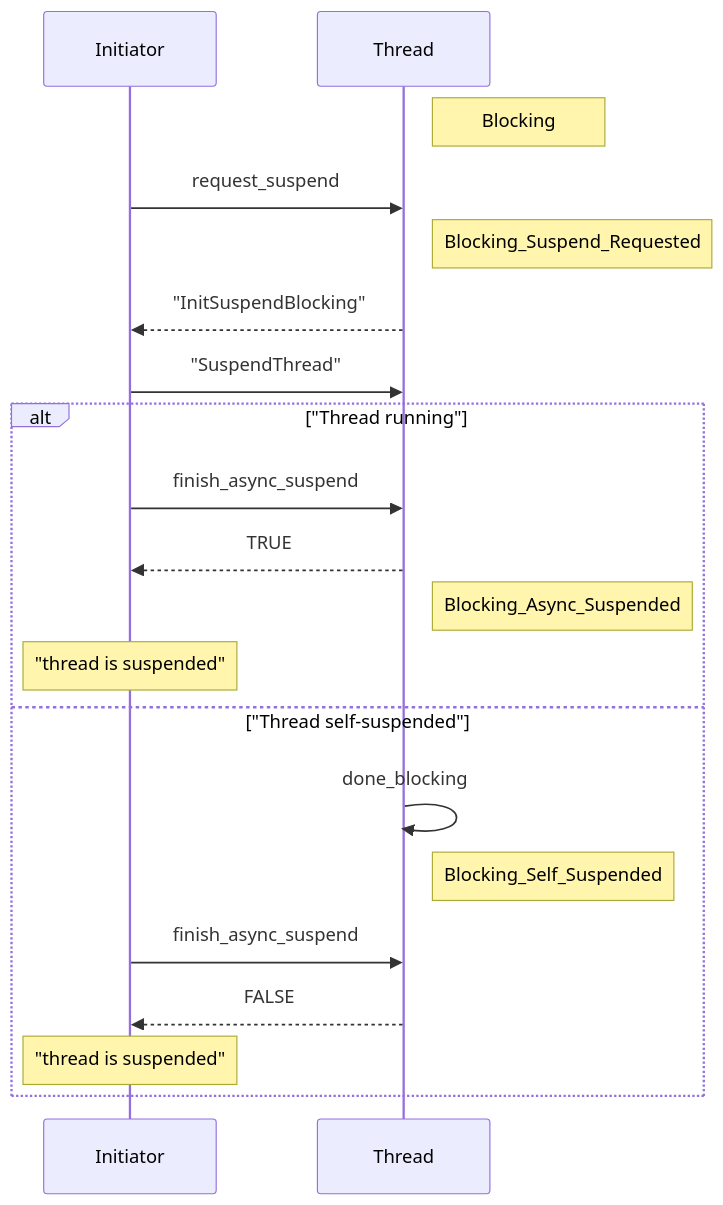
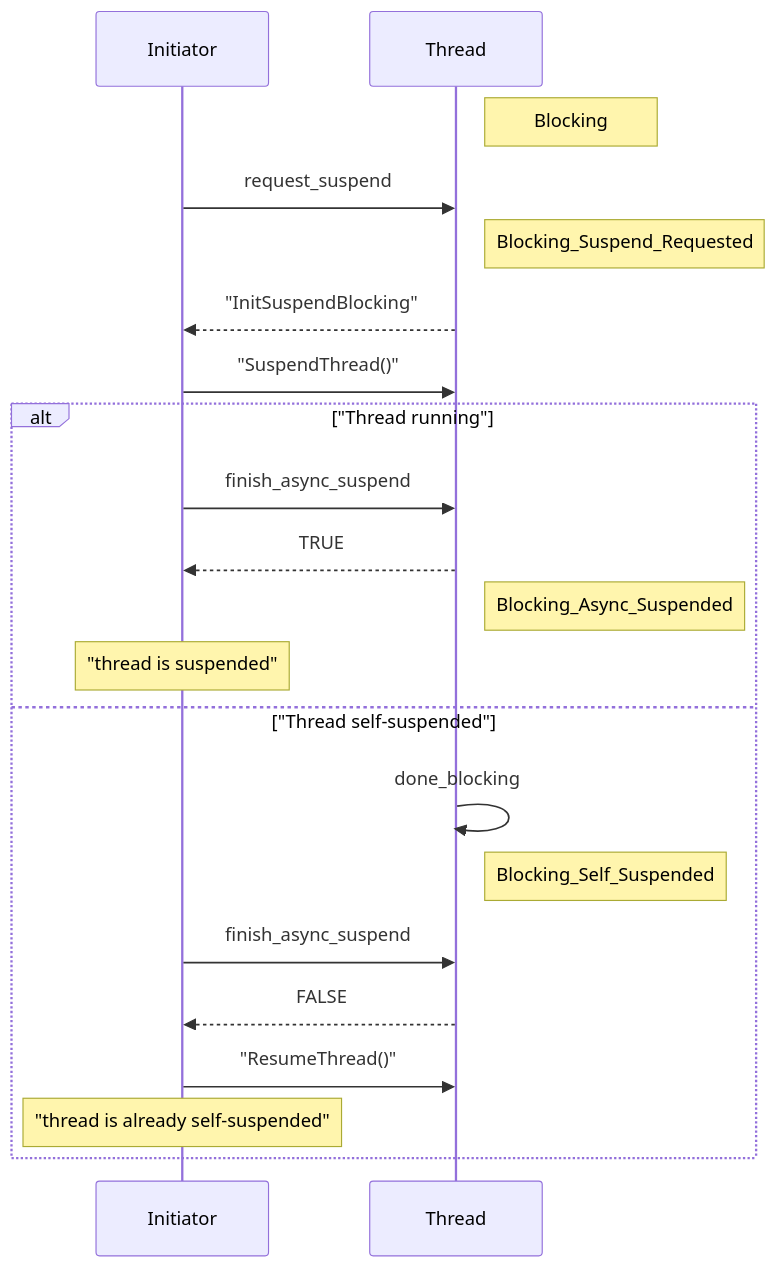
Before and after one commit to dotnet/runtime: diagram 13 of 13 in docs/design/mono/mono-thread-state-machine.md, drawn with Mermaid. The commit also changed other lines of this file, not shown here.

Commit message:
More details on self-transitions

````diff
--- a/docs/design/mono/mono-thread-state-machine.md
+++ b/docs/design/mono/mono-thread-state-machine.md
@@ -357,22 +385,23 @@
 ```mermaid
 sequenceDiagram
 participant Initiator
 participant Thread
 Note right of Thread: Blocking
 Initiator->>Thread: request_suspend
 Note right of Thread: Blocking_Suspend_Requested
 Thread-->>Initiator: "InitSuspendBlocking"
-Initiator->>Thread: "SuspendThread"
+Initiator->>Thread: "SuspendThread()"
 alt "Thread running"
     Initiator->>Thread: finish_async_suspend
     Thread-->>Initiator: TRUE
     Note right of Thread: Blocking_Async_Suspended
     Note over Initiator: "thread is suspended"
 else "Thread self-suspended"
     Thread->>Thread: done_blocking
     Note right of Thread: Blocking_Self_Suspended
     Initiator->>Thread: finish_async_suspend
     Thread-->>Initiator: FALSE
-    Note over Initiator: "thread is suspended"
+    Initiator->>Thread: "ResumeThread()"
+    Note over Initiator: "thread is already self-suspended"
 end
 ```
````
